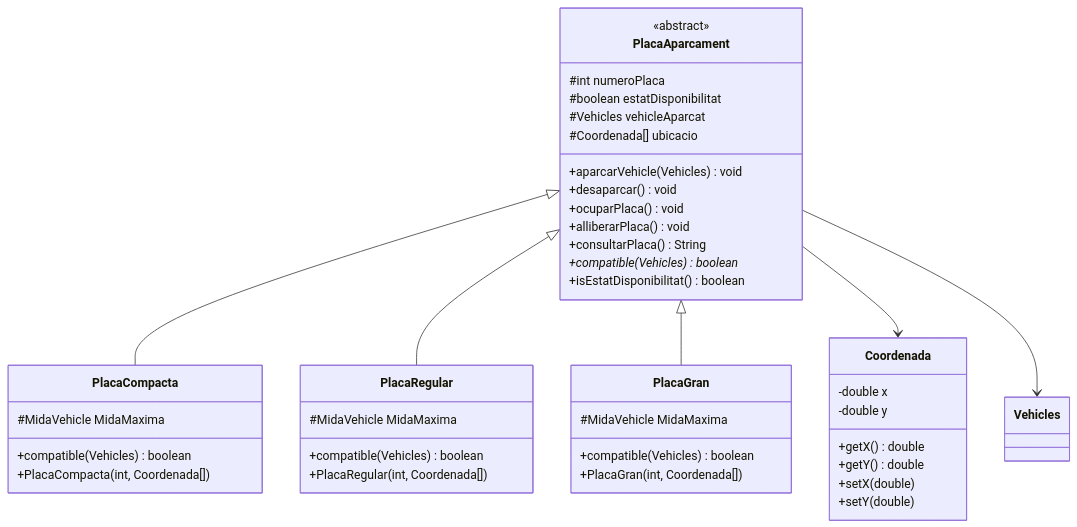
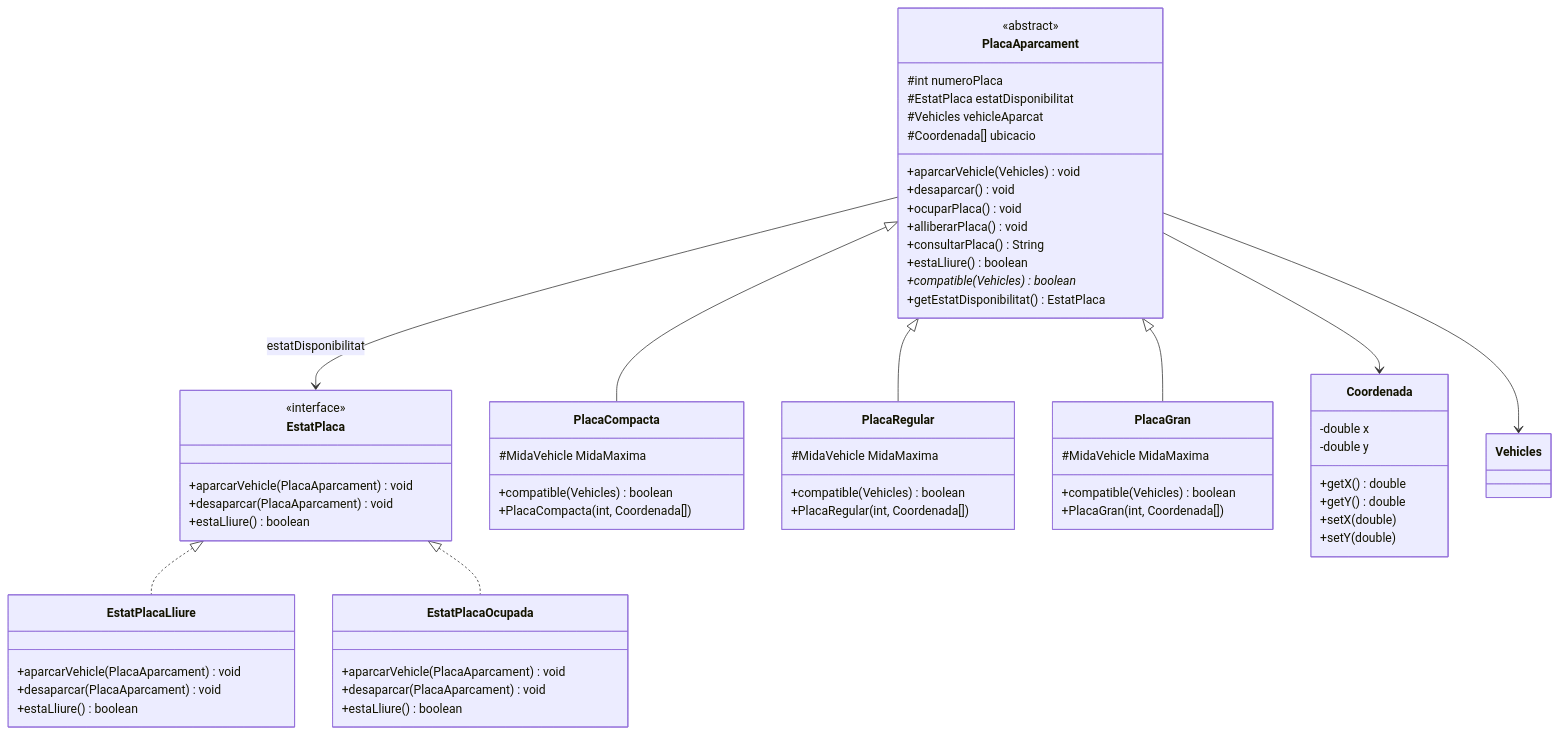
The second of 4 diagrams in README.md (cuests/PARQUING), drawn with Mermaid before and after one commit. The commit also changed other lines of this file and 23 other files, not shown here.

````diff
--- a/README.md
+++ b/README.md
@@ -69,50 +69,73 @@
 ```mermaid
 classDiagram
     class PlacaAparcament {
         <<abstract>>
         #int numeroPlaca
-        #boolean estatDisponibilitat
+        #EstatPlaca estatDisponibilitat
         #Vehicles vehicleAparcat
         #Coordenada[] ubicacio
         +aparcarVehicle(Vehicles) void
         +desaparcar() void
         +ocuparPlaca() void
         +alliberarPlaca() void
         +consultarPlaca() String
+        +estaLliure() boolean
         +compatible(Vehicles) boolean*
-        +isEstatDisponibilitat() boolean
+        +getEstatDisponibilitat() EstatPlaca
+    }
+
+    class EstatPlaca {
+        <<interface>>
+        +aparcarVehicle(PlacaAparcament) void
+        +desaparcar(PlacaAparcament) void
+        +estaLliure() boolean
+    }
+
+    class EstatPlacaLliure {
+        +aparcarVehicle(PlacaAparcament) void
+        +desaparcar(PlacaAparcament) void
+        +estaLliure() boolean
+    }
+
+    class EstatPlacaOcupada {
+        +aparcarVehicle(PlacaAparcament) void
+        +desaparcar(PlacaAparcament) void
+        +estaLliure() boolean
     }
 
     class PlacaCompacta {
         #MidaVehicle MidaMaxima
         +compatible(Vehicles) boolean
         +PlacaCompacta(int, Coordenada[])
     }
 
     class PlacaRegular {
         #MidaVehicle MidaMaxima
         +compatible(Vehicles) boolean
         +PlacaRegular(int, Coordenada[])
     }
 
     class PlacaGran {
         #MidaVehicle MidaMaxima
         +compatible(Vehicles) boolean
         +PlacaGran(int, Coordenada[])
     }
 
     class Coordenada {
         -double x
         -double y
         +getX() double
         +getY() double
         +setX(double)
         +setY(double)
     }
 
     PlacaAparcament <|-- PlacaCompacta
     PlacaAparcament <|-- PlacaRegular
     PlacaAparcament <|-- PlacaGran
     PlacaAparcament --> Coordenada
     PlacaAparcament --> Vehicles
+    PlacaAparcament --> EstatPlaca : estatDisponibilitat
+    EstatPlaca <|.. EstatPlacaLliure
+    EstatPlaca <|.. EstatPlacaOcupada
 ```
````
